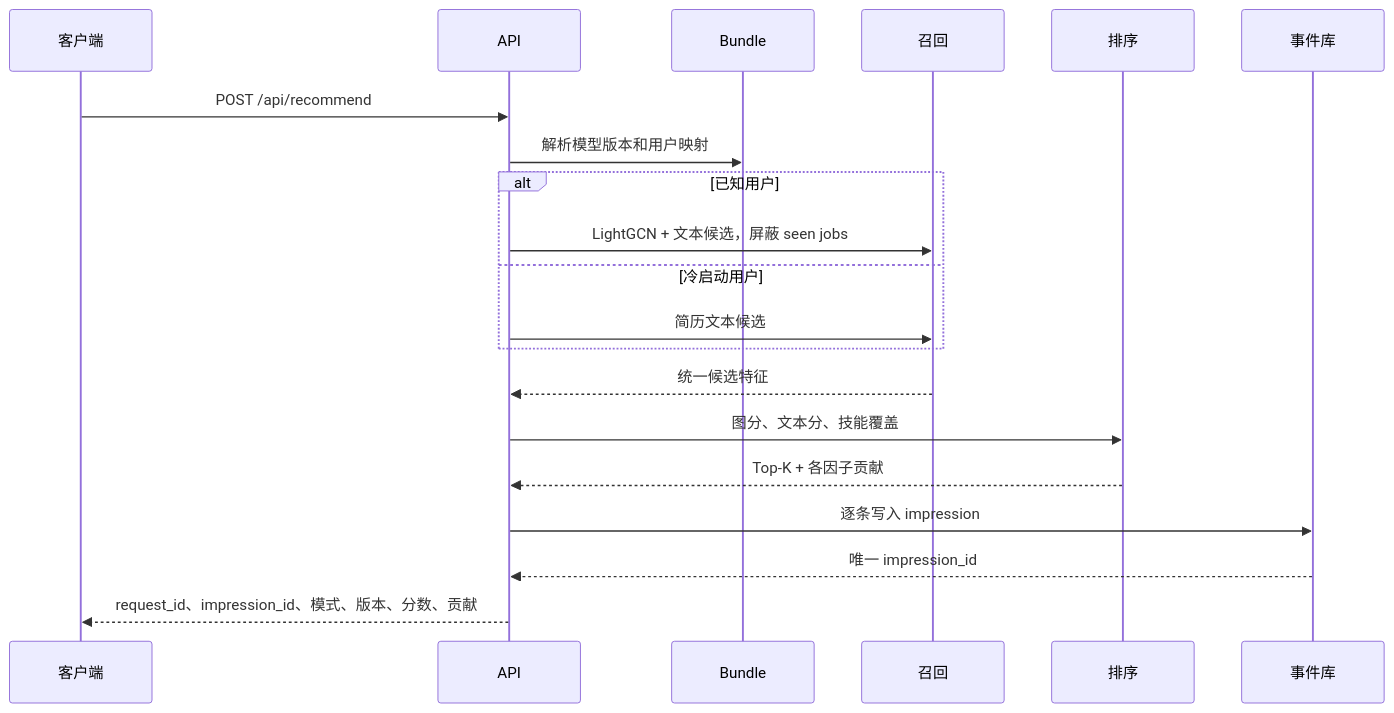
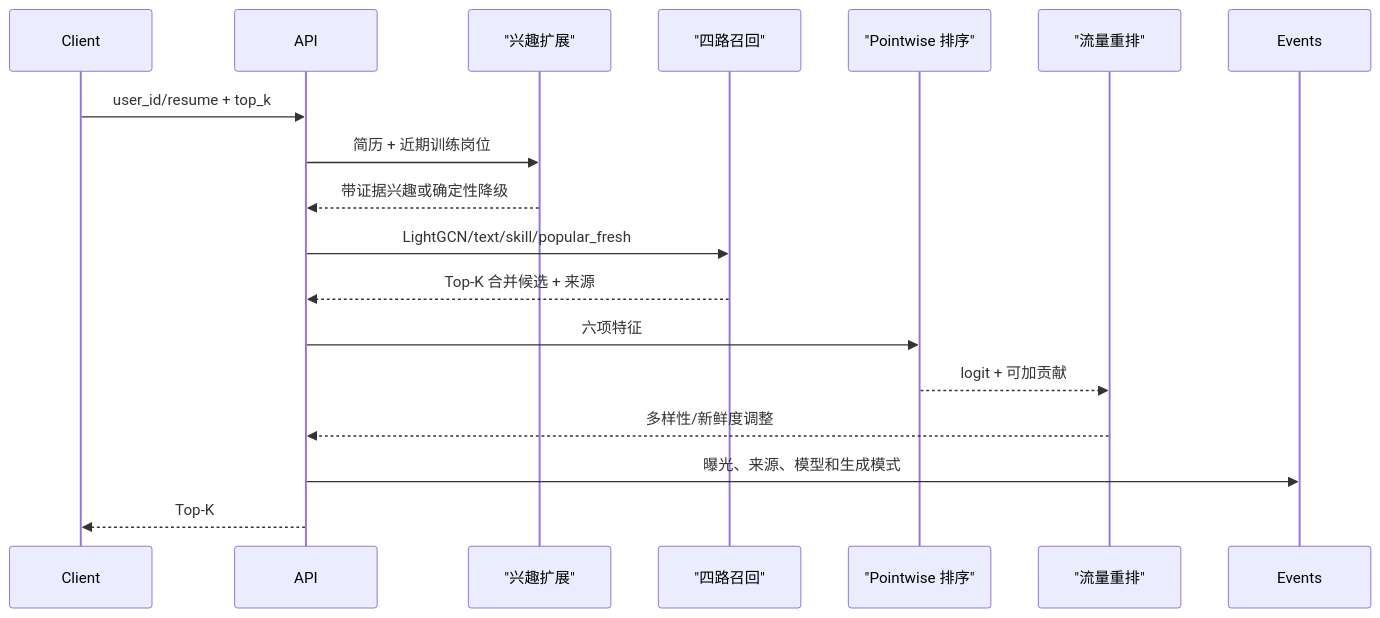
Before and after one commit to Nocturne228/Job_rec_sys_base_KG: the second of 2 diagrams in docs/architecture.md, drawn with Mermaid. The commit also changed other lines of this file and 96 other files, not shown here.

````diff
--- a/docs/architecture.md
+++ b/docs/architecture.md
@@ -122,22 +59,20 @@
 ```mermaid
 sequenceDiagram
-  participant Client as 客户端
+  participant Client
   participant API
-  participant Bundle
-  participant Recall as 召回
-  participant Ranker as 排序
-  participant Events as 事件库
-  Client->>API: POST /api/recommend
-  API->>Bundle: 解析模型版本和用户映射
-  alt 已知用户
-    API->>Recall: LightGCN + 文本候选，屏蔽 seen jobs
-  else 冷启动用户
-    API->>Recall: 简历文本候选
-  end
-  Recall-->>API: 统一候选特征
-  API->>Ranker: 图分、文本分、技能覆盖
-  Ranker-->>API: Top-K + 各因子贡献
-  API->>Events: 逐条写入 impression
-  Events-->>API: 唯一 impression_id
-  API-->>Client: request_id、impression_id、模式、版本、分数、贡献
+  participant Profile as "兴趣扩展"
+  participant Recall as "四路召回"
+  participant Rank as "Pointwise 排序"
+  participant Rerank as "流量重排"
+  participant Events
+  Client->>API: user_id/resume + top_k
+  API->>Profile: 简历 + 近期训练岗位
+  Profile-->>API: 带证据兴趣或确定性降级
+  API->>Recall: LightGCN/text/skill/popular_fresh
+  Recall-->>API: Top-K 合并候选 + 来源
+  API->>Rank: 六项特征
+  Rank-->>Rerank: logit + 可加贡献
+  Rerank-->>API: 多样性/新鲜度调整
+  API->>Events: 曝光、来源、模型和生成模式
+  API-->>Client: Top-K
 ```
````
